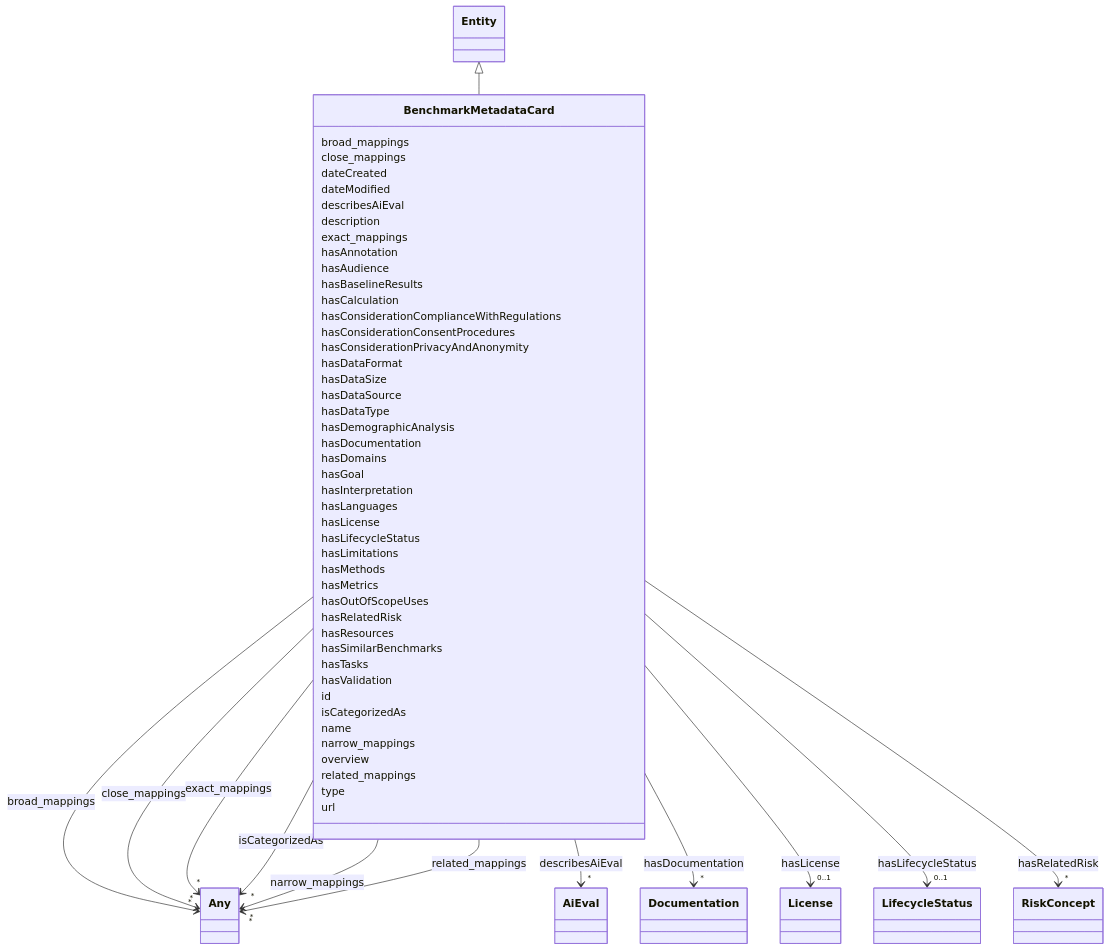
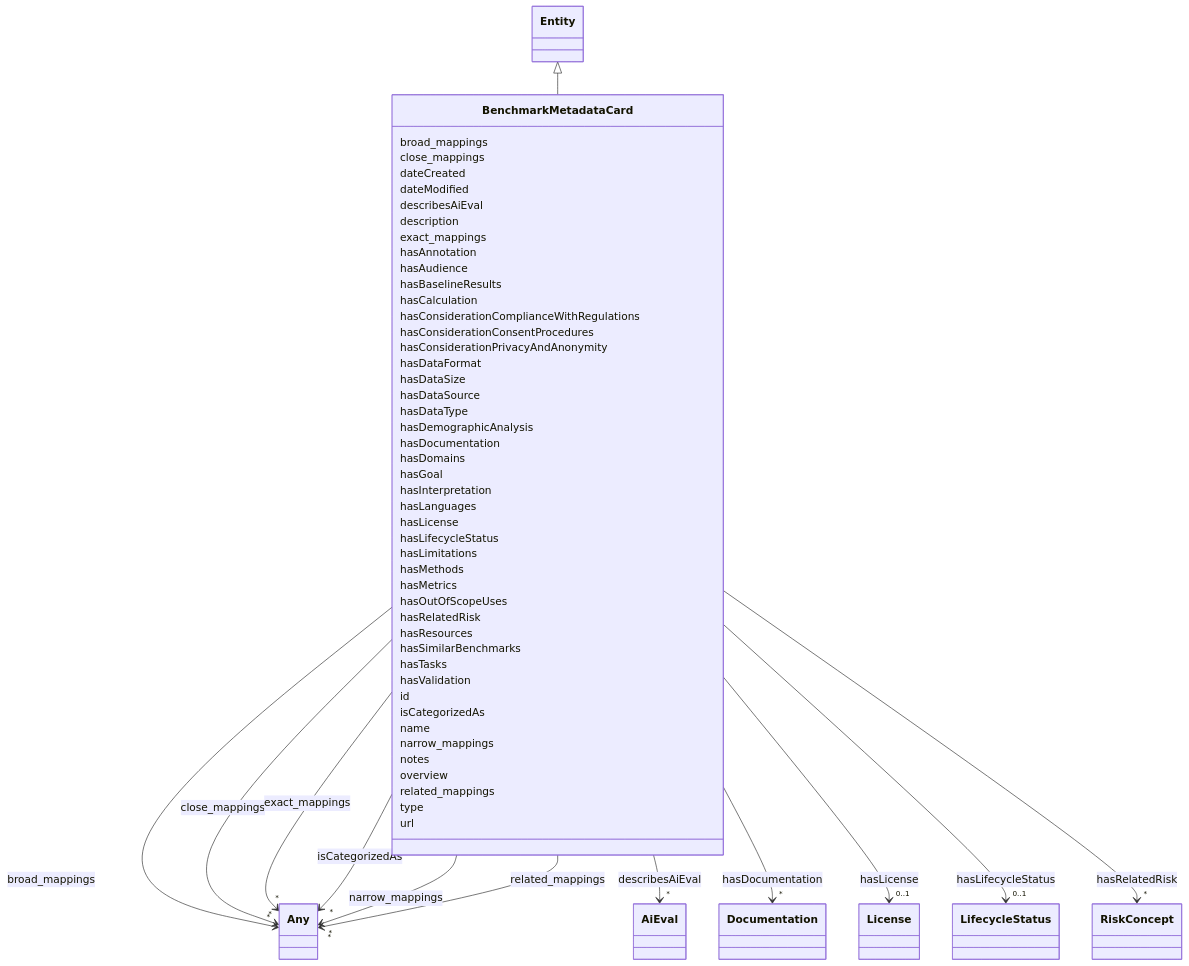
Before and after one commit to ingelise/risk-atlas-nexus: the diagram in docs/ontology/BenchmarkMetadataCard.md, drawn with Mermaid. The commit also changed other lines of this file and 318 other files, not shown here.

```diff
--- a/docs/ontology/BenchmarkMetadataCard.md
+++ b/docs/ontology/BenchmarkMetadataCard.md
@@ -186,6 +186,8 @@
 
 
 
+      BenchmarkMetadataCard : notes
+
       BenchmarkMetadataCard : overview
 
       BenchmarkMetadataCard : related_mappings
```
